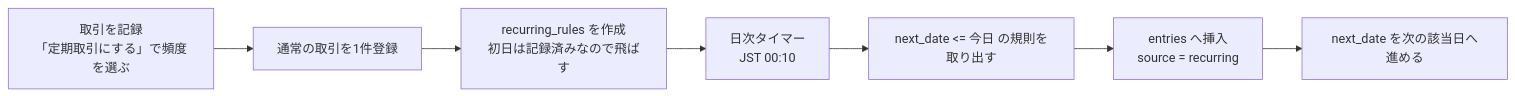
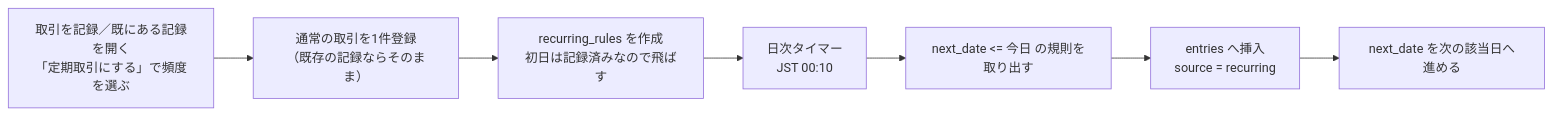
One commit to inemoto23-hash/household_inemoto changed the ninth of 10 diagrams in 90_DOCUMENT/system_flow.md. Above: the diagram before and after it, drawn with Mermaid. The commit also changed other lines of this file and 5 other files, not shown here.

````diff
--- a/90_DOCUMENT/system_flow.md
+++ b/90_DOCUMENT/system_flow.md
@@ -236,9 +236,9 @@
 ```mermaid
 graph LR
-    A["取引を記録<br/>「定期取引にする」で頻度を選ぶ"] --> B["通常の取引を1件登録"]
+    A["取引を記録／既にある記録を開く<br/>「定期取引にする」で頻度を選ぶ"] --> B["通常の取引を1件登録<br/>（既存の記録ならそのまま）"]
     B --> C["recurring_rules を作成<br/>初日は記録済みなので飛ばす"]
     C --> D["日次タイマー<br/>JST 00:10"]
     D --> E["next_date <= 今日 の規則を取り出す"]
     E --> F["entries へ挿入<br/>source = recurring"]
     F --> G["next_date を次の該当日へ進める"]
 ```
````
